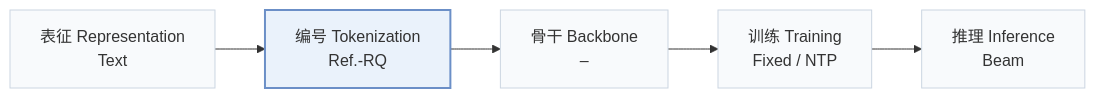
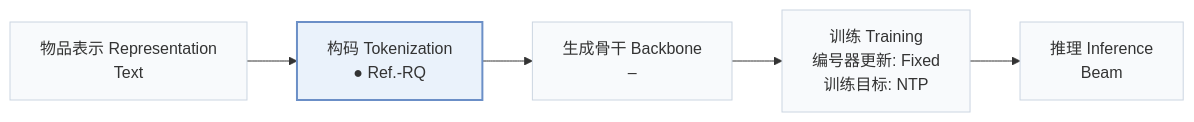
One commit to Galaxy-ghost/Awesome-SID-Generative-Rec changed the first of 2 diagrams in pages/zh/papers/r3-vae.md. Above: the diagram before and after it, drawn with Mermaid. The commit also changed other lines of this file and 558 other files, not shown here.

````diff
--- a/pages/zh/papers/r3-vae.md
+++ b/pages/zh/papers/r3-vae.md
@@ -15,8 +18,8 @@
 ```mermaid
 flowchart LR
-    R["表征 Representation<br/>Text"] --> T["编号 Tokenization<br/>Ref.-RQ"] --> B["骨干 Backbone<br/>–"] --> TR["训练 Training<br/>Fixed / NTP"] --> I["推理 Inference<br/>Beam"]
+    R["物品表示 Representation<br/>Text"] --> T["构码 Tokenization<br/>● Ref.-RQ"] --> B["生成骨干 Backbone<br/>–"] --> TR["训练 Training<br/>编号器更新: Fixed<br/>训练目标: NTP"] --> I["推理 Inference<br/>Beam"]
     classDef base fill:#f8fafc,stroke:#cbd5e1
     class R,T,B,TR,I base
     classDef main fill:#eaf2fb,stroke:#6b8fc7,stroke-width:2px
     class T main
 ```
````
